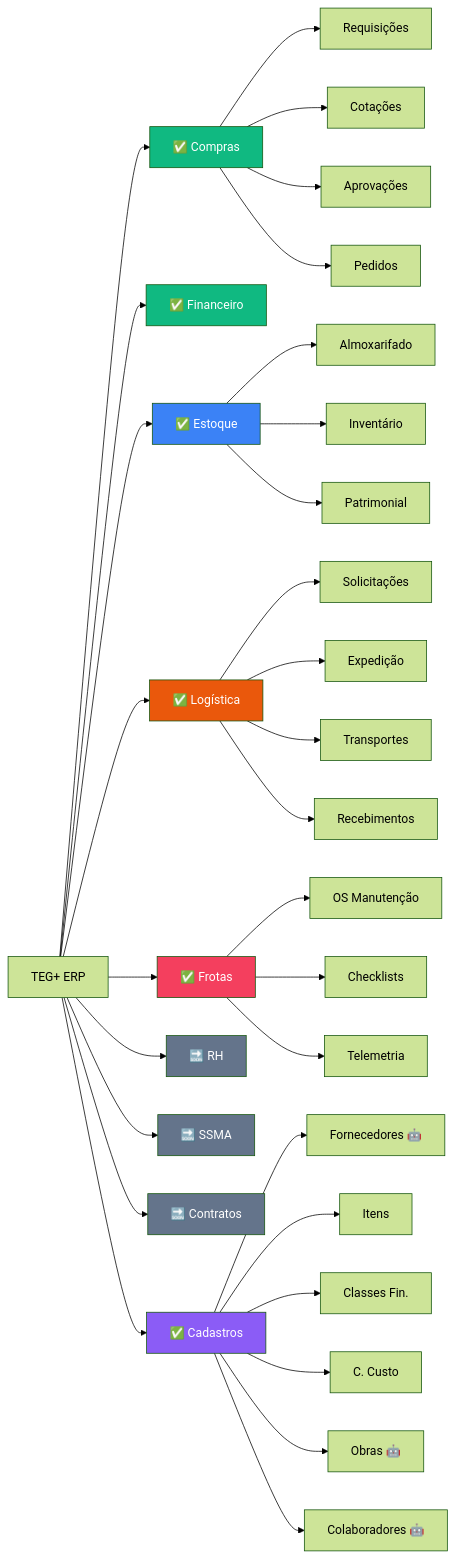
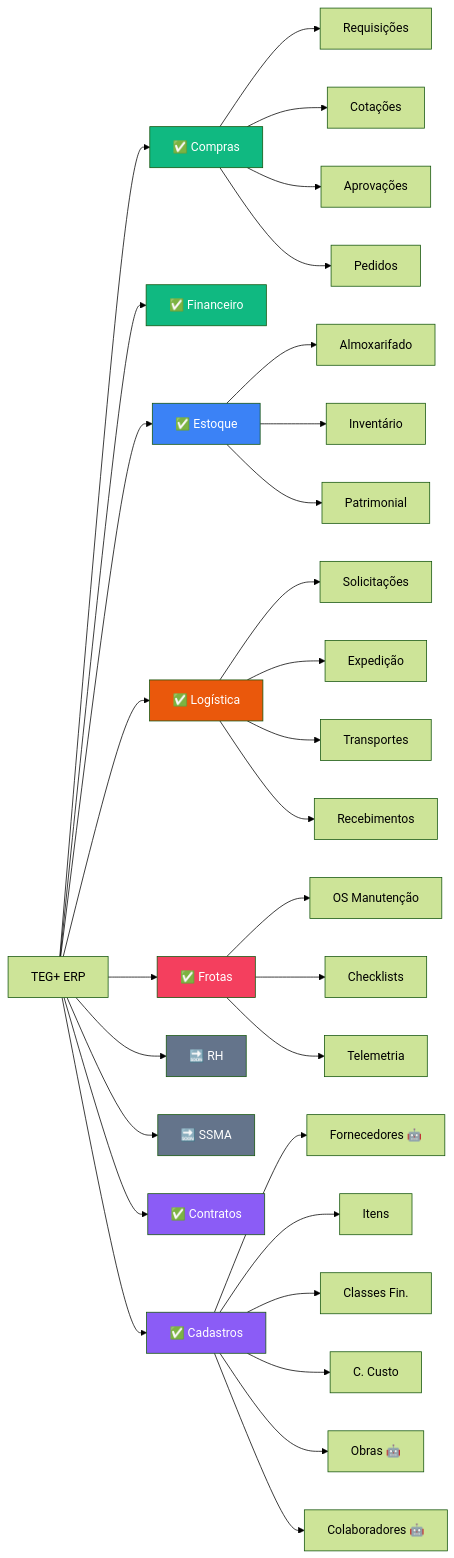
Before and after one commit to leandroteg/teg-plus: the second of 2 diagrams in docs/obsidian/00 - TEG+ INDEX.md, drawn with Mermaid (forest theme). The commit also changed other lines of this file and 13 other files, not shown here.

````diff
--- a/docs/obsidian/00 - TEG+ INDEX.md
+++ b/docs/obsidian/00 - TEG+ INDEX.md
@@ -102,47 +102,47 @@
 ```mermaid
 graph LR
     M[TEG+ ERP] --> C[✅ Compras]
     M --> F[✅ Financeiro]
     M --> E[✅ Estoque]
     M --> L[✅ Logística]
     M --> FR[✅ Frotas]
     M --> R[🔜 RH]
     M --> S[🔜 SSMA]
-    M --> K[🔜 Contratos]
+    M --> K[✅ Contratos]
     M --> CAD[✅ Cadastros]
 
     CAD --> CAD1[Fornecedores 🤖]
     CAD --> CAD2[Itens]
     CAD --> CAD3[Classes Fin.]
     CAD --> CAD4[C. Custo]
     CAD --> CAD5[Obras 🤖]
     CAD --> CAD6[Colaboradores 🤖]
 
     C --> C1[Requisições]
     C --> C2[Cotações]
     C --> C3[Aprovações]
     C --> C4[Pedidos]
 
     E --> E1[Almoxarifado]
     E --> E2[Inventário]
     E --> E3[Patrimonial]
 
     L --> L1[Solicitações]
     L --> L2[Expedição]
     L --> L3[Transportes]
     L --> L4[Recebimentos]
 
     FR --> FR1[OS Manutenção]
     FR --> FR2[Checklists]
     FR --> FR3[Telemetria]
 
     style C  fill:#10B981,color:#fff
     style F  fill:#10B981,color:#fff
     style E  fill:#3B82F6,color:#fff
     style L  fill:#EA580C,color:#fff
     style FR fill:#F43F5E,color:#fff
     style R  fill:#64748B,color:#fff
     style S  fill:#64748B,color:#fff
-    style K  fill:#64748B,color:#fff
+    style K  fill:#8B5CF6,color:#fff
     style CAD fill:#8B5CF6,color:#fff
 ```
````
